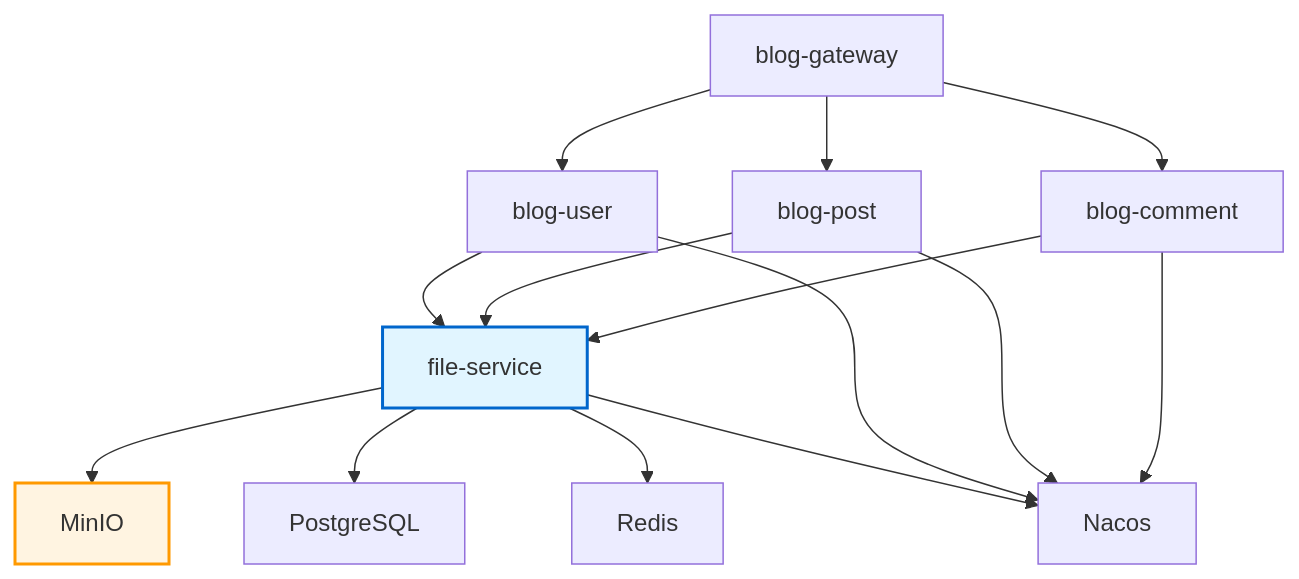
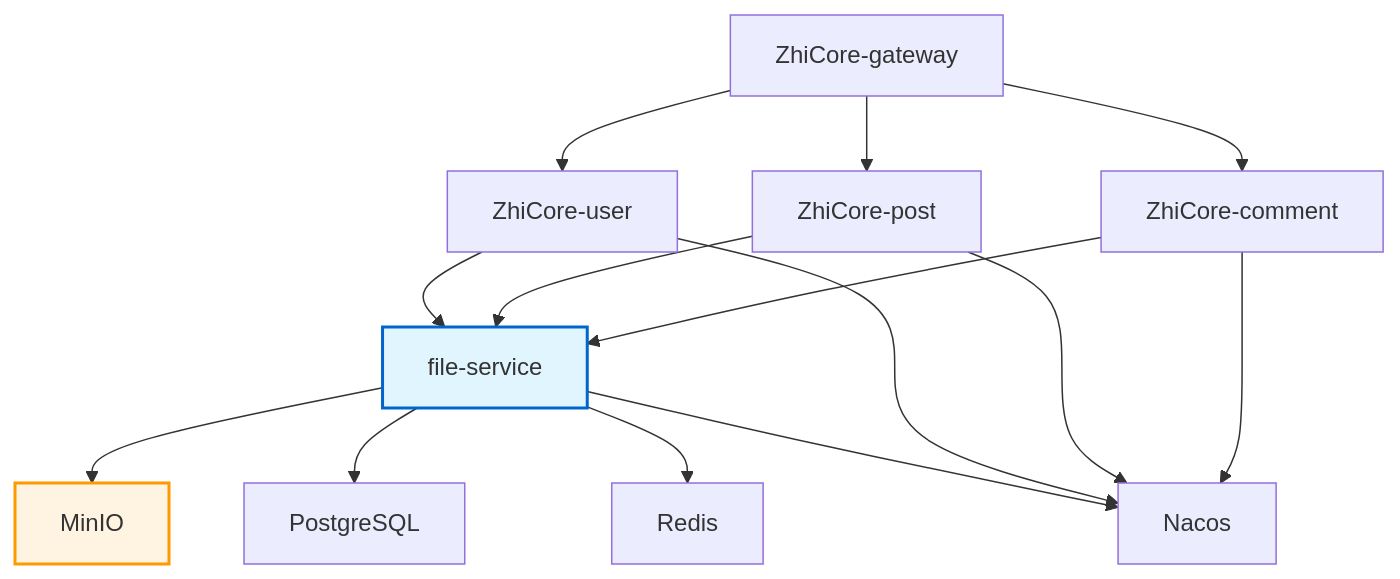
The second of 5 diagrams in docs/deployment/file-service-deployment.md (architectcgz/zhicore), drawn with Mermaid before and after one commit. The commit also changed other lines of this file and 1789 other files, not shown here.

````diff
--- a/docs/deployment/file-service-deployment.md
+++ b/docs/deployment/file-service-deployment.md
@@ -85,22 +85,22 @@
 ```mermaid
 graph TB
-    A[blog-gateway] --> B[blog-user]
-    A --> C[blog-post]
-    A --> D[blog-comment]
+    A[ZhiCore-gateway] --> B[ZhiCore-user]
+    A --> C[ZhiCore-post]
+    A --> D[ZhiCore-comment]
     
     B --> E[file-service]
     C --> E
     D --> E
     
     E --> F[MinIO]
     E --> G[PostgreSQL]
     E --> H[Redis]
     E --> I[Nacos]
     
     B --> I
     C --> I
     D --> I
     
     style E fill:#e1f5ff,stroke:#0066cc,stroke-width:2px
     style F fill:#fff4e1,stroke:#ff9900,stroke-width:2px
 ```
````
